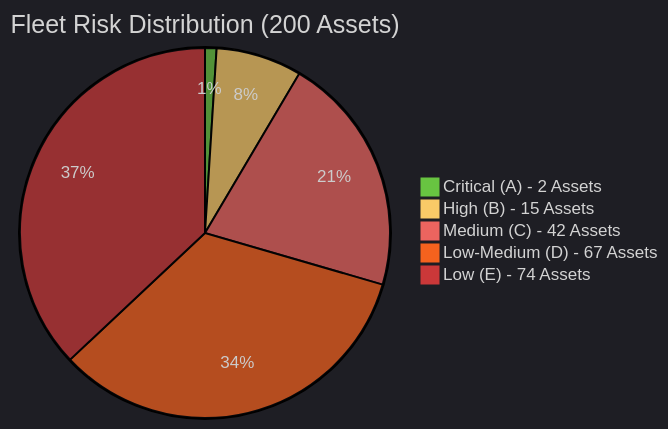
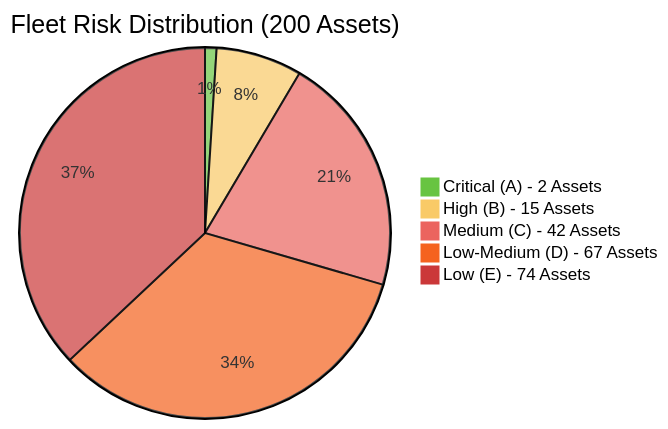
Before and after one commit to StephanieHepp/Risk-Assessment: the first of 4 diagrams in risk_assessment_report/monthly_report_otto_argos_style.md, drawn with Mermaid.

````diff
--- a/risk_assessment_report/monthly_report_otto_argos_style.md
+++ b/risk_assessment_report/monthly_report_otto_argos_style.md
@@ -14,9 +14,9 @@
 ```mermaid
-%%{init: {'theme':'dark', 'themeVariables': {'pie5':'#CB3839', 'pie4':'#F5621E', 'pie3':'#EB645F', 'pie2':'#F9CA67','pie1':'#68C441','primaryTextColor':'#333', 'primaryBorderColor':'#ddd'}}}%%
+%%{init: {'theme':'light', 'themeVariables': {'pie5':'#CB3839', 'pie4':'#F5621E', 'pie3':'#EB645F', 'pie2':'#F9CA67','pie1':'#68C441','primaryTextColor':'#333', 'primaryBorderColor':'#ddd'}}}%%
 pie title Fleet Risk Distribution (200 Assets)
     "Critical (A) - 2 Assets" : 2
     "High (B) - 15 Assets" : 15
     "Medium (C) - 42 Assets" : 42
     "Low-Medium (D) - 67 Assets" : 67
     "Low (E) - 74 Assets" : 74
 ```
````
